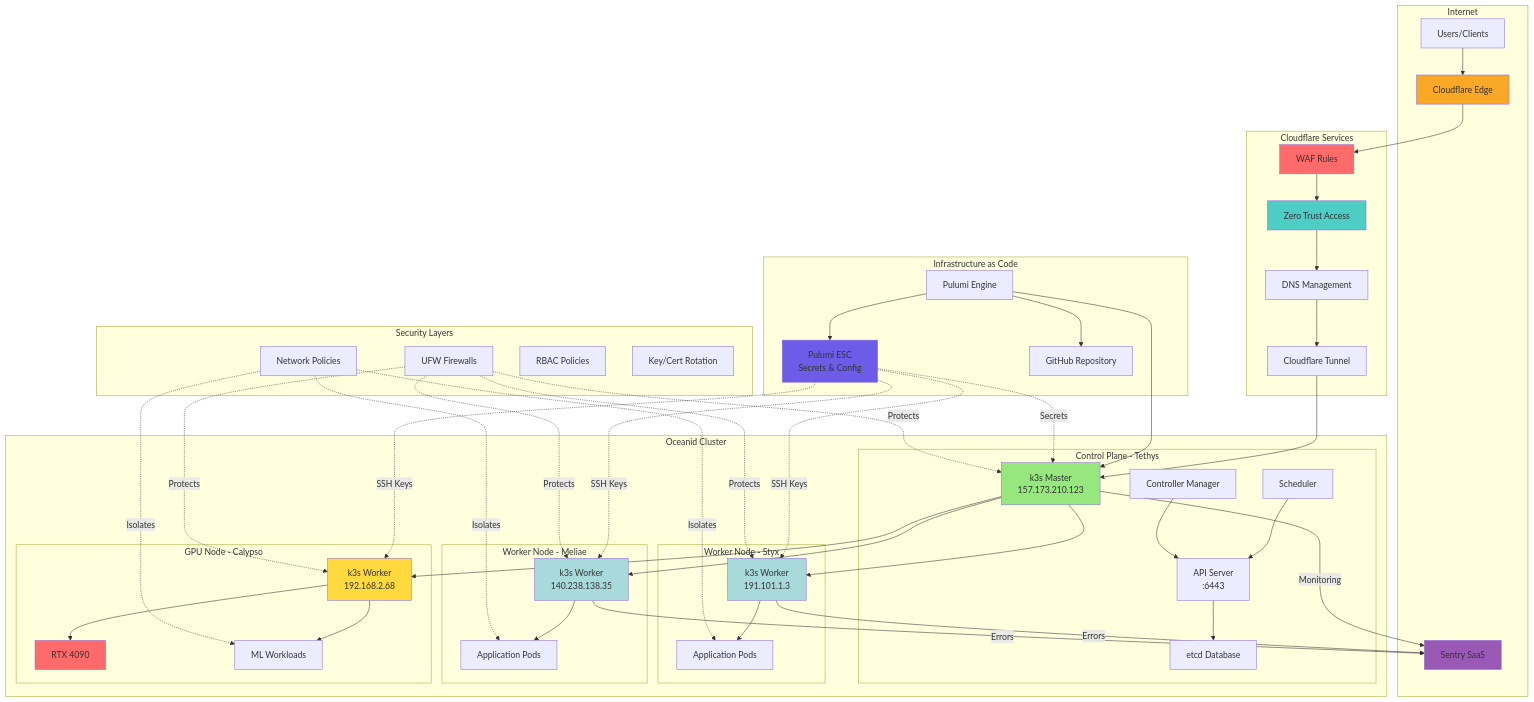
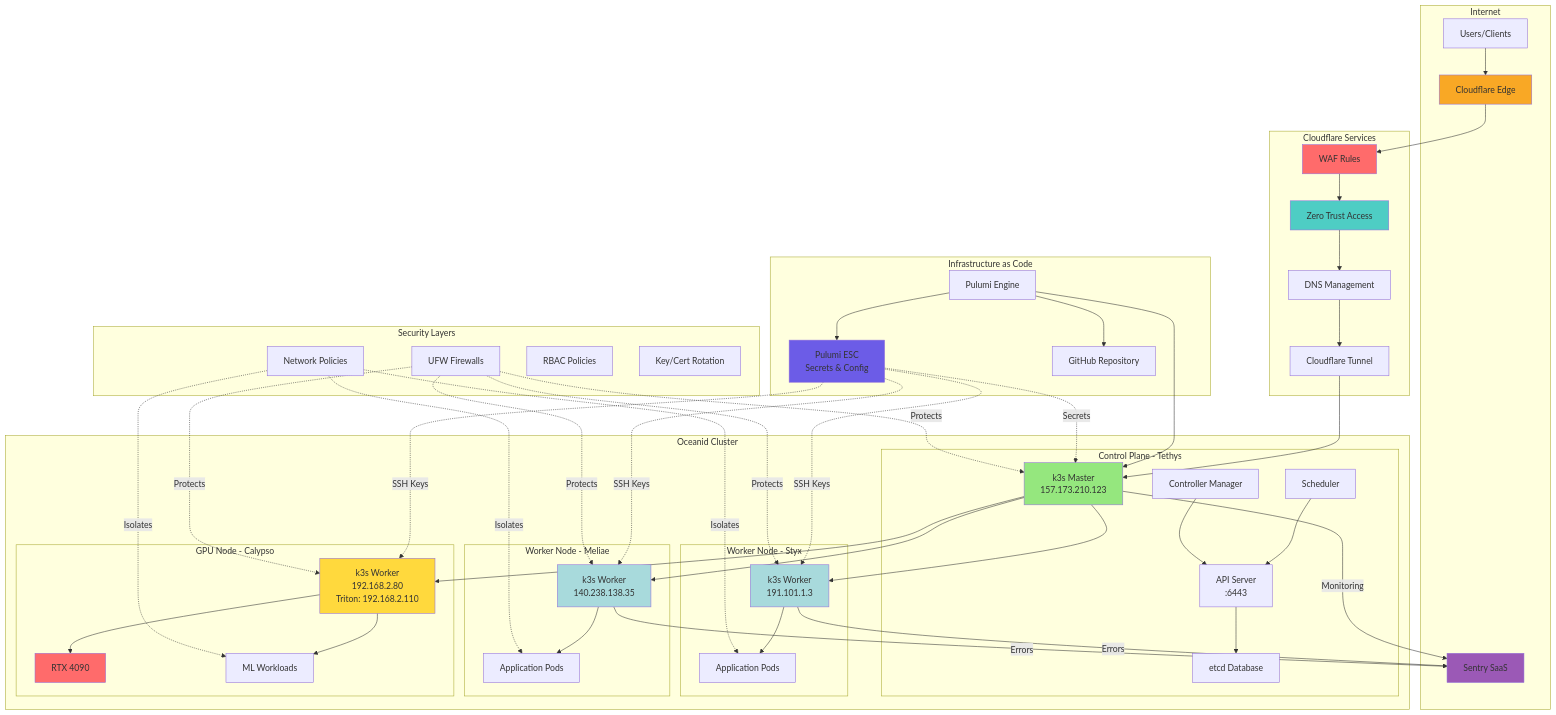
One commit to goldfish-inc/deepseek-ocr-vllm changed the first of 7 diagrams in docs/architecture/overview.md. Above: the diagram before and after it, drawn with Mermaid. The commit also changed 46 other files, not shown here.

```diff
--- a/docs/architecture/overview.md
+++ b/docs/architecture/overview.md
@@ -37,7 +37,7 @@
         end
 
         subgraph "GPU Node - Calypso"
-            Worker3[k3s Worker<br/>192.168.2.68]
+            Worker3[k3s Worker<br/>192.168.2.80<br/>Triton: 192.168.2.110]
             GPU[RTX 4090]
             MLPods[ML Workloads]
         end
```
